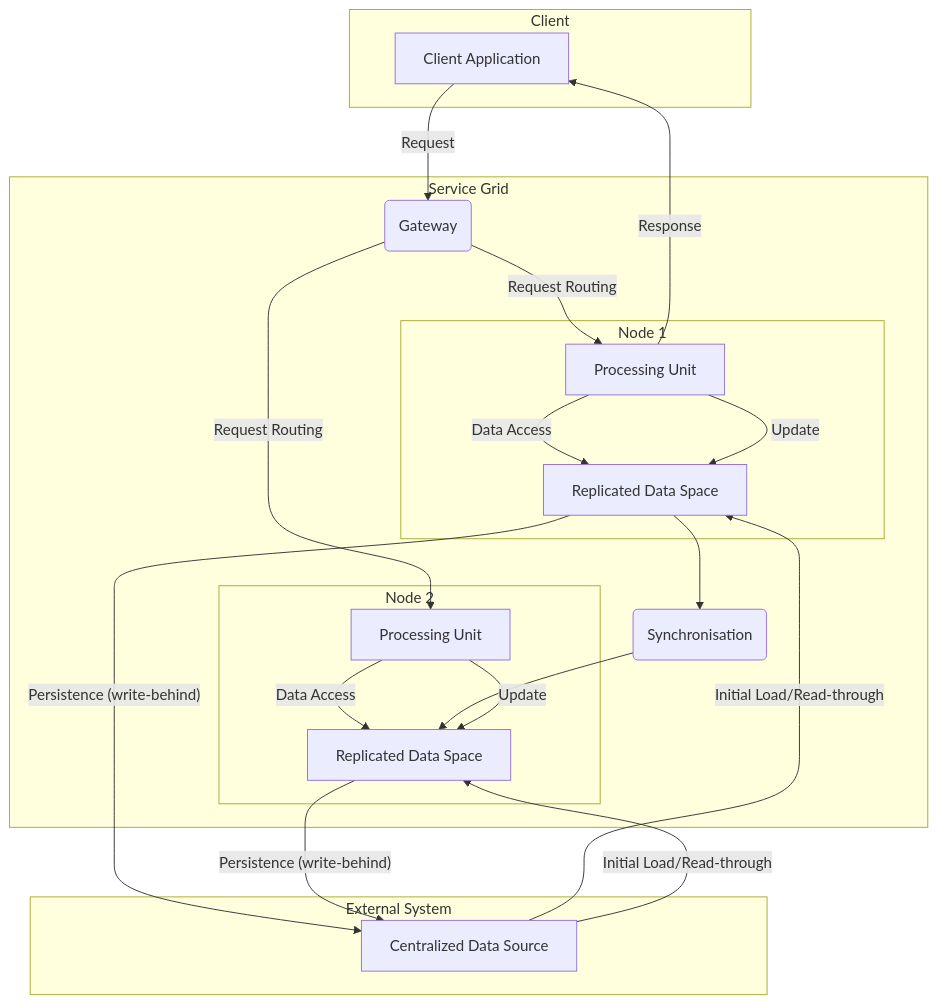
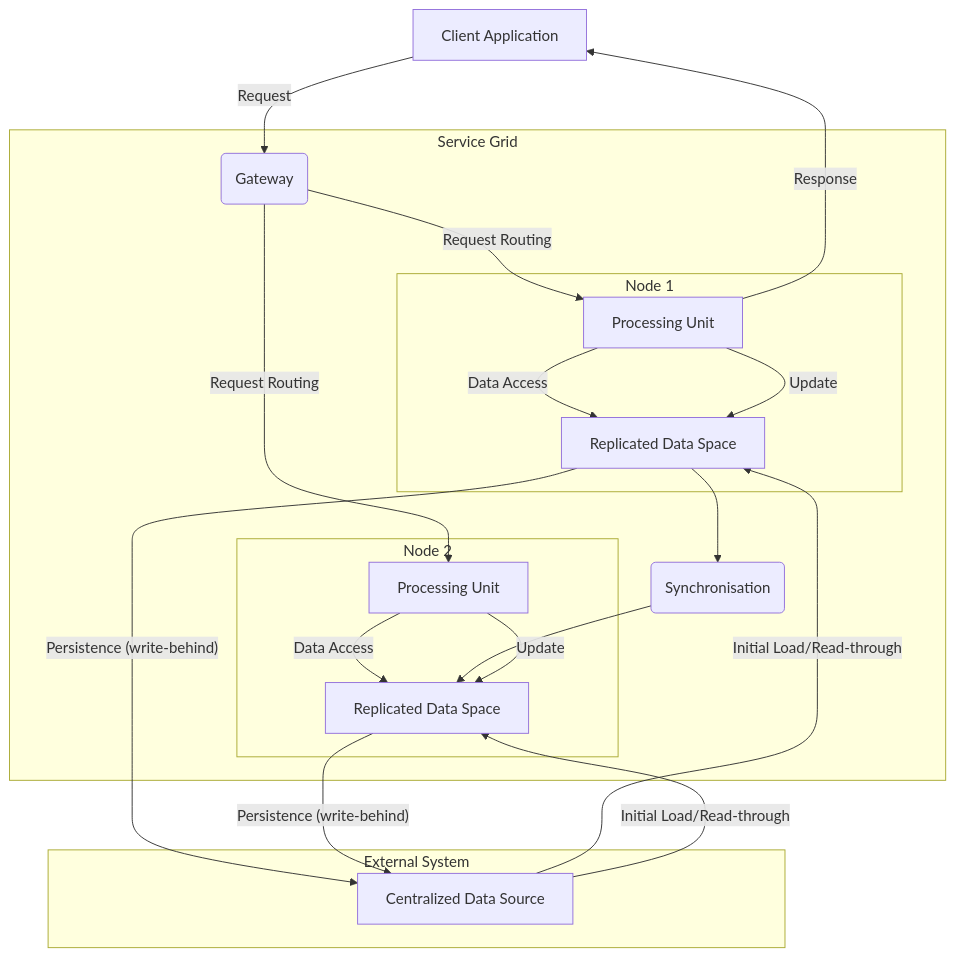
One commit to bmeurant/technical-docs changed the diagram in software-architecture/architectural-styles/space-based.md. Above: the diagram before and after it, drawn with Mermaid. The commit also changed 9 other files, not shown here.

Commit message:
docs(software-architecture): Simplifies mermaid diagrams

````diff
--- a/software-architecture/architectural-styles/space-based.md
+++ b/software-architecture/architectural-styles/space-based.md
@@ -18,37 +18,35 @@
 ```mermaid
 graph TD
-    subgraph Client
-        A[Client Application]
-    end
+    A[Client Application]
 
     subgraph Service Grid
         B(Gateway)
         subgraph Node 1
             C[Processing Unit]
             D[Replicated Data Space]
         end
         subgraph Node 2
             F[Processing Unit]
             G[Replicated Data Space]
         end
         H(Synchronisation)
     end
     
     subgraph External System
         E[Centralized Data Source]
     end
 
     A -- "Request" --> B
     B -- "Request Routing" --> C & F
     C -- "Data Access" --> D
     F -- "Data Access" --> G
     D --> H
     H --> G
     C -- "Update" --> D
     F -- "Update" --> G
     D -- "Persistence (write-behind)" --> E
     G -- "Persistence (write-behind)" --> E
     C -- "Response" --> A
     E -- "Initial Load/Read-through" --> D
     E -- "Initial Load/Read-through" --> G
 ```
````
